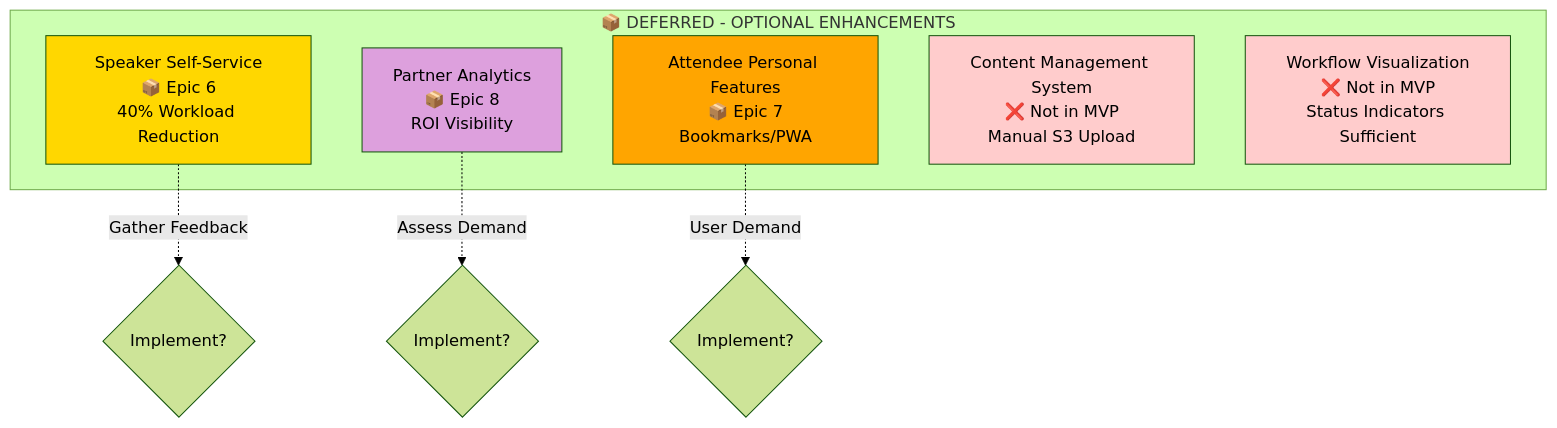
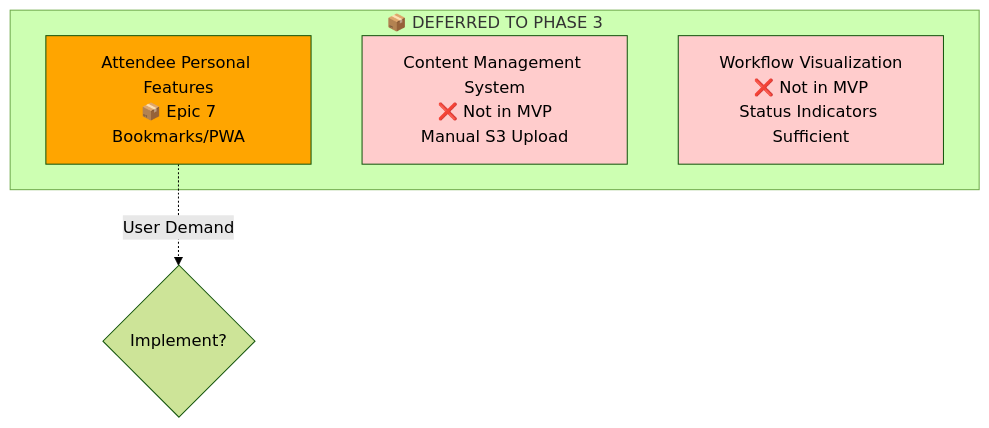
Before and after one commit to nissimbuchs/BATbern2: diagram 24 of 28 in docs/wireframes/sitemap-mermaid.md, drawn with Mermaid (forest theme). The commit also changed other lines of this file and 20 other files, not shown here.

````diff
--- a/docs/wireframes/sitemap-mermaid.md
+++ b/docs/wireframes/sitemap-mermaid.md
@@ -729,20 +733,14 @@
 ```mermaid
 graph TB
-    subgraph "📦 DEFERRED - OPTIONAL ENHANCEMENTS"
-        SpeakerSelfService[Speaker Self-Service<br/>📦 Epic 6<br/>40% Workload Reduction]
-        PartnerAnalytics[Partner Analytics<br/>📦 Epic 8<br/>ROI Visibility]
+    subgraph "📦 DEFERRED TO PHASE 3"
         AttendeePersonal[Attendee Personal Features<br/>📦 Epic 7<br/>Bookmarks/PWA]
         ContentCMS[Content Management System<br/>❌ Not in MVP<br/>Manual S3 Upload]
         WorkflowViz[Workflow Visualization<br/>❌ Not in MVP<br/>Status Indicators Sufficient]
     end
 
-    SpeakerSelfService -.->|Gather Feedback| Decide1{Implement?}
-    PartnerAnalytics -.->|Assess Demand| Decide2{Implement?}
     AttendeePersonal -.->|User Demand| Decide3{Implement?}
 
-    style SpeakerSelfService fill:#FFD700
-    style PartnerAnalytics fill:#DDA0DD
     style AttendeePersonal fill:#FFA500
     style ContentCMS fill:#ffcccc
     style WorkflowViz fill:#ffcccc
 ```
````
